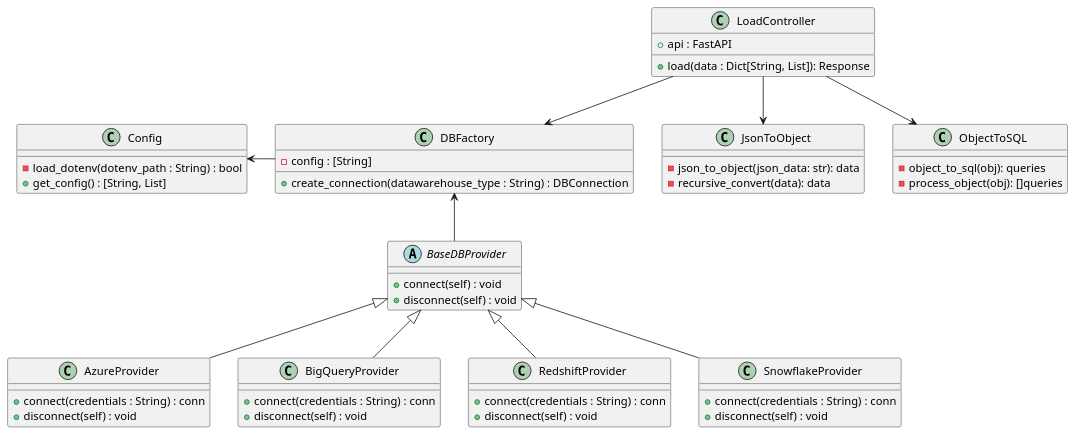
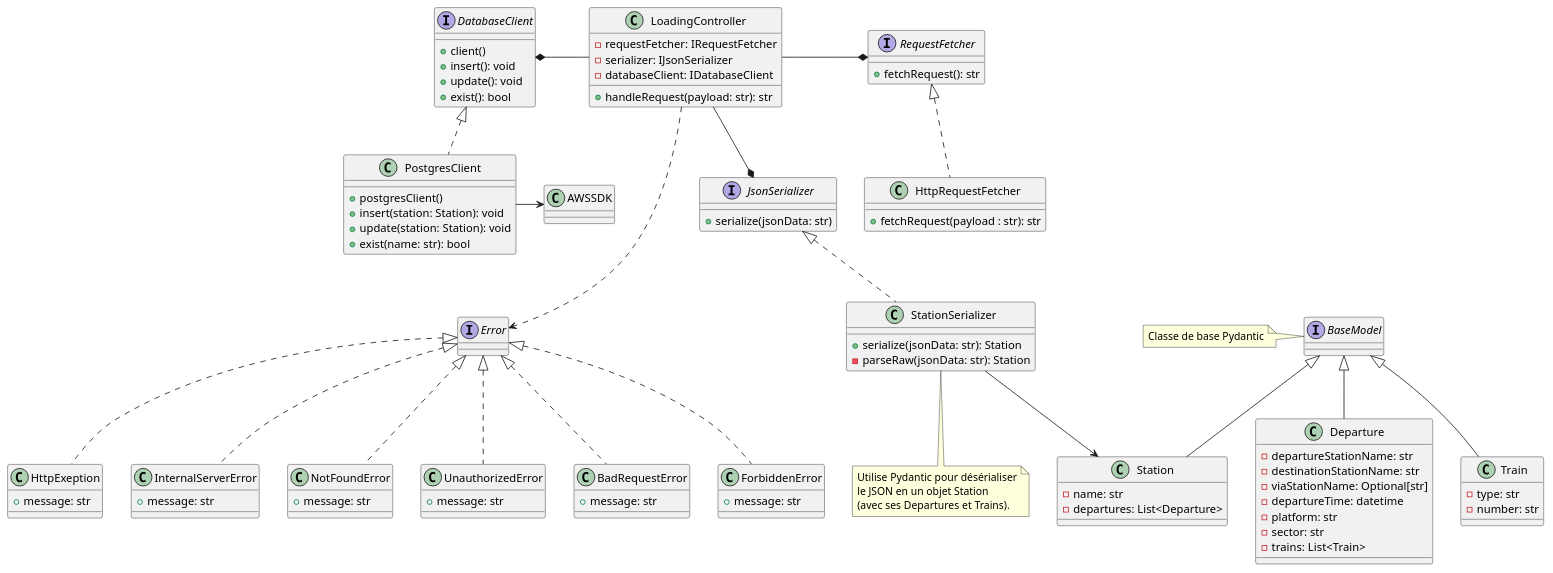
The diagram in docs/diagram/class_diagram.plantuml (CPNV-ES-BI1-SBB/EXTERNAL-SOURCE-LOAD), drawn with PlantUML before and after one commit.

Commit message:
refactor: Refactor whole class diagram

```diff
--- a/docs/diagram/class_diagram.plantuml
+++ b/docs/diagram/class_diagram.plantuml
@@ -1,60 +1,138 @@
 @startuml
 
-class LoadController {
-    + api : FastAPI
-    + load(data : Dict[String, List]): Response
+'
+' ==========================
+'  Fetcher des requêtes
+' ==========================
+interface RequestFetcher {
+    + fetchRequest(): str
 }
 
-class JsonToObject {
-    - json_to_object(json_data: str): data
-    - recursive_convert(data): data
+class HttpRequestFetcher implements RequestFetcher {
+    + fetchRequest(payload : str): str
 }
 
-class ObjectToSQL {
-    - object_to_sql(obj): queries
-    - process_object(obj): []queries
+'
+' ==========================
+'  Le Contrôleur
+' ==========================
+class LoadingController {
+ 		- requestFetcher: IRequestFetcher
+    - serializer: IJsonSerializer
+    - databaseClient: IDatabaseClient
+    + handleRequest(payload: str): str
 }
 
-abstract class BaseDBProvider {
-    + connect(self) : void
-    + disconnect(self) : void
+'
+' ==========================
+'  La Sérialisation (Pydantic)
+' ==========================
+interface JsonSerializer {
+    + serialize(jsonData: str)
 }
 
-class DBFactory {
-    - config : [String]
-    + create_connection(datawarehouse_type : String) : DBConnection
+class StationSerializer implements JsonSerializer {
+    + serialize(jsonData: str): Station
+    - parseRaw(jsonData: str): Station
 }
 
-class AzureProvider extends BaseDBProvider {
-    + connect(credentials : String) : conn
-    + disconnect(self) : void
+note bottom of StationSerializer
+  Utilise Pydantic pour désérialiser
+  le JSON en un objet Station
+  (avec ses Departures et Trains).
+end note
+
+'
+' ==========================
+'  Domain Objects (Pydantic)
+' ==========================
+interface BaseModel
+note left of BaseModel
+  Classe de base Pydantic
+end note
+
+class Station extends BaseModel {
+    - name: str
+    - departures: List<Departure>
 }
 
-class BigQueryProvider extends BaseDBProvider {
-    + connect(credentials : String) : conn
-    + disconnect(self) : void
+class Departure extends BaseModel {
+    - departureStationName: str
+    - destinationStationName: str
+    - viaStationName: Optional[str]
+    - departureTime: datetime
+    - platform: str
+    - sector: str
+    - trains: List<Train>
 }
 
-class RedshiftProvider extends BaseDBProvider {
-    + connect(credentials : String) : conn
-    + disconnect(self) : void
+class Train extends BaseModel {
+    - type: str
+    - number: str
 }
 
-class SnowflakeProvider extends BaseDBProvider {
-    + connect(credentials : String) : conn
-    + disconnect(self) : void
+'
+' ==========================
+'  Services et Persistance
+' ==========================
+
+interface DatabaseClient {
+		+ client()
+    + insert(): void
+    + update(): void
+    + exist(): bool
 }
 
-class Config{
-    - load_dotenv(dotenv_path : String) : bool
-    + get_config() : [String, List]
-    }
+class PostgresClient implements DatabaseClient {
+		+ postgresClient()
+    + insert(station: Station): void
+    + update(station: Station): void
+    + exist(name: str): bool
+}
 
-LoadController --> JsonToObject
-LoadController --> ObjectToSQL
-LoadController --> DBFactory
-Config <-right- DBFactory
-DBFactory <-down- BaseDBProvider
+class AWSSDK{}
+
+'
+' ==========================
+' Gestion des erreurs
+' ==========================
+
+interface Error {}
+
+class BadRequestError implements Error {
+		+ message: str
+}
+
+class ForbiddenError implements Error {
+		+ message: str
+}
+
+class HttpExeption implements Error{
+		+ message: str
+}
+
+class InternalServerError implements Error {
+		+ message: str
+}
+
+class NotFoundError implements Error {
+		+ message: str
+}
+
+class UnauthorizedError implements Error {
+		+ message: str
+}
+
+'
+' ==========================
+' Relations
+' ==========================
+LoadingController -right-* RequestFetcher
+LoadingController --* JsonSerializer
+LoadingController -left-* DatabaseClient
+StationSerializer -down-> Station
+PostgresClient -> AWSSDK
+LoadingController --.> Error
 
 
 @enduml
```
